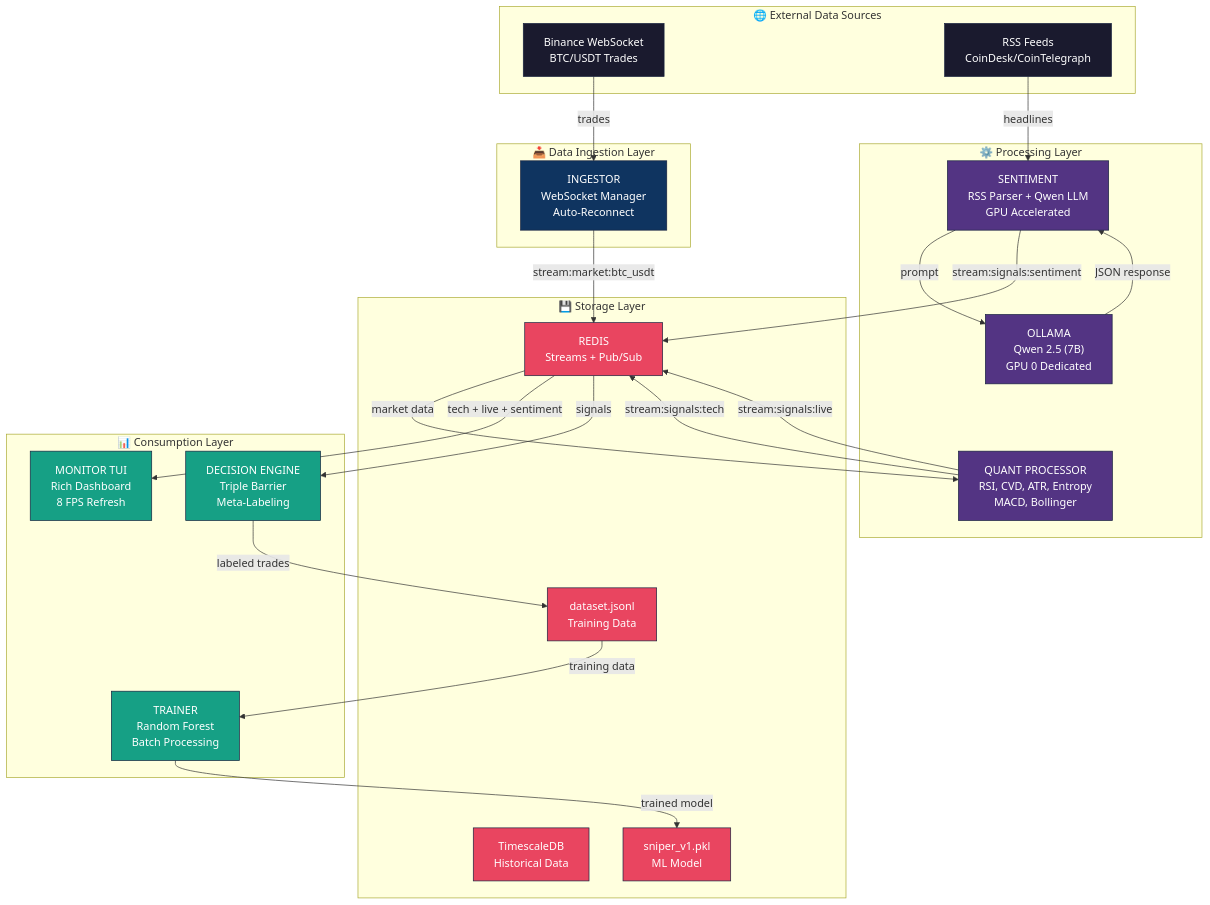
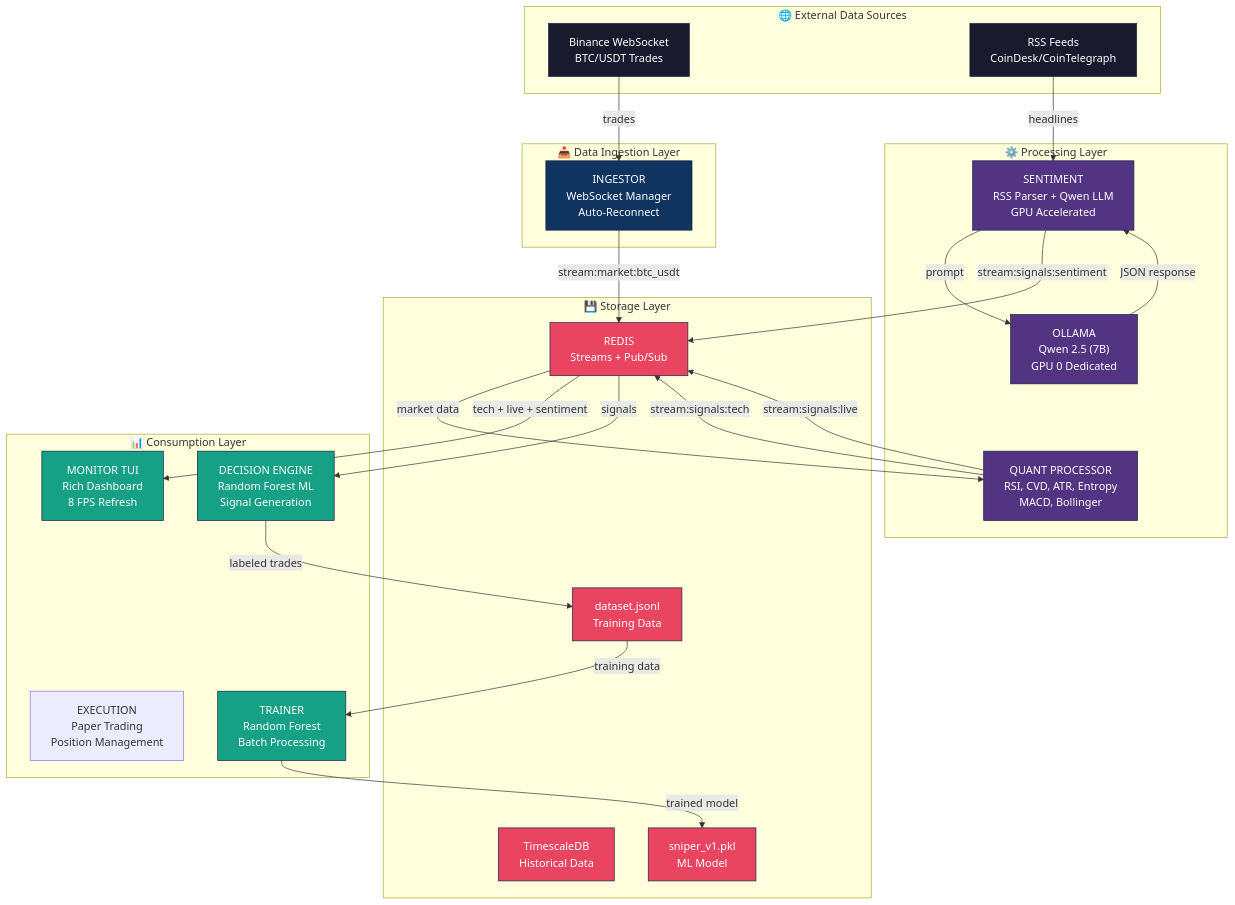
One commit to Rlealbarili/Vostok1 changed the diagram in docs/01_architecture.md. Above: the diagram before and after it, drawn with Mermaid. The commit also changed other lines of this file and 3 other files, not shown here.

````diff
--- a/docs/01_architecture.md
+++ b/docs/01_architecture.md
@@ -16,63 +18,64 @@
 ```mermaid
 flowchart TB
     subgraph External["🌐 External Data Sources"]
         BINANCE["Binance WebSocket<br/>BTC/USDT Trades"]
         RSS["RSS Feeds<br/>CoinDesk/CoinTelegraph"]
     end
 
     subgraph Ingestion["📥 Data Ingestion Layer"]
         INGESTOR["INGESTOR<br/>WebSocket Manager<br/>Auto-Reconnect"]
     end
 
     subgraph Processing["⚙️ Processing Layer"]
         QUANT["QUANT PROCESSOR<br/>RSI, CVD, ATR, Entropy<br/>MACD, Bollinger"]
         SENTIMENT["SENTIMENT<br/>RSS Parser + Qwen LLM<br/>GPU Accelerated"]
         OLLAMA["OLLAMA<br/>Qwen 2.5 (7B)<br/>GPU 0 Dedicated"]
     end
 
     subgraph Storage["💾 Storage Layer"]
         REDIS["REDIS<br/>Streams + Pub/Sub"]
         TIMESCALE["TimescaleDB<br/>Historical Data"]
         DATASET["dataset.jsonl<br/>Training Data"]
         MODEL["sniper_v1.pkl<br/>ML Model"]
     end
 
     subgraph Consumption["📊 Consumption Layer"]
         MONITOR["MONITOR TUI<br/>Rich Dashboard<br/>8 FPS Refresh"]
-        DECISION["DECISION ENGINE<br/>Triple Barrier<br/>Meta-Labeling"]
+        DECISION["DECISION ENGINE<br/>Random Forest ML<br/>Signal Generation"]
+        EXECUTION["EXECUTION<br/>Paper Trading<br/>Position Management"]
         TRAINER["TRAINER<br/>Random Forest<br/>Batch Processing"]
     end
 
     %% Data Flow
     BINANCE -->|trades| INGESTOR
     INGESTOR -->|stream:market:btc_usdt| REDIS
     
     REDIS -->|market data| QUANT
     QUANT -->|stream:signals:tech| REDIS
     QUANT -->|stream:signals:live| REDIS
     
     RSS -->|headlines| SENTIMENT
     SENTIMENT -->|prompt| OLLAMA
     OLLAMA -->|JSON response| SENTIMENT
     SENTIMENT -->|stream:signals:sentiment| REDIS
     
     REDIS -->|tech + live + sentiment| MONITOR
     REDIS -->|signals| DECISION
     DECISION -->|labeled trades| DATASET
     
     DATASET -->|training data| TRAINER
     TRAINER -->|trained model| MODEL
 
     %% Styling
     classDef external fill:#1a1a2e,stroke:#16213e,color:#fff
     classDef ingestion fill:#0f3460,stroke:#16213e,color:#fff
     classDef processing fill:#533483,stroke:#16213e,color:#fff
     classDef storage fill:#e94560,stroke:#16213e,color:#fff
     classDef consumption fill:#16a085,stroke:#16213e,color:#fff
 
     class BINANCE,RSS external
     class INGESTOR ingestion
     class QUANT,SENTIMENT,OLLAMA processing
     class REDIS,TIMESCALE,DATASET,MODEL storage
     class MONITOR,DECISION,TRAINER consumption
 ```
````
